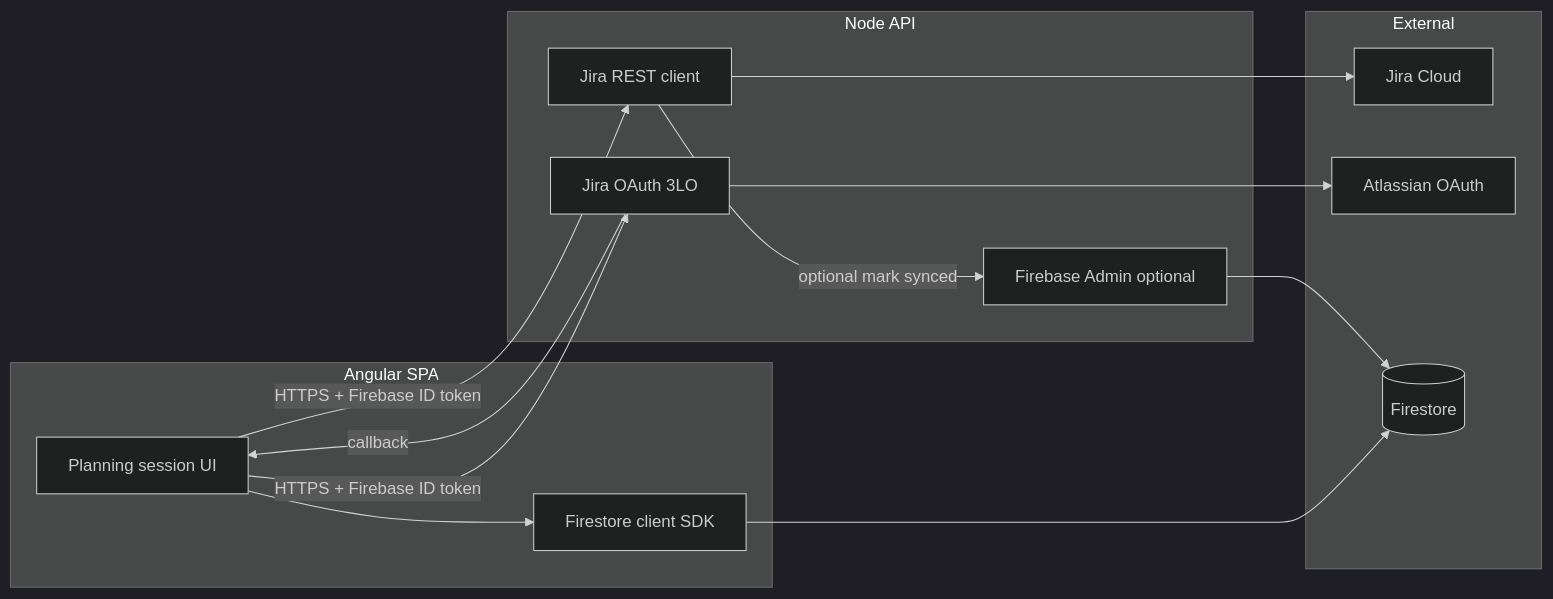
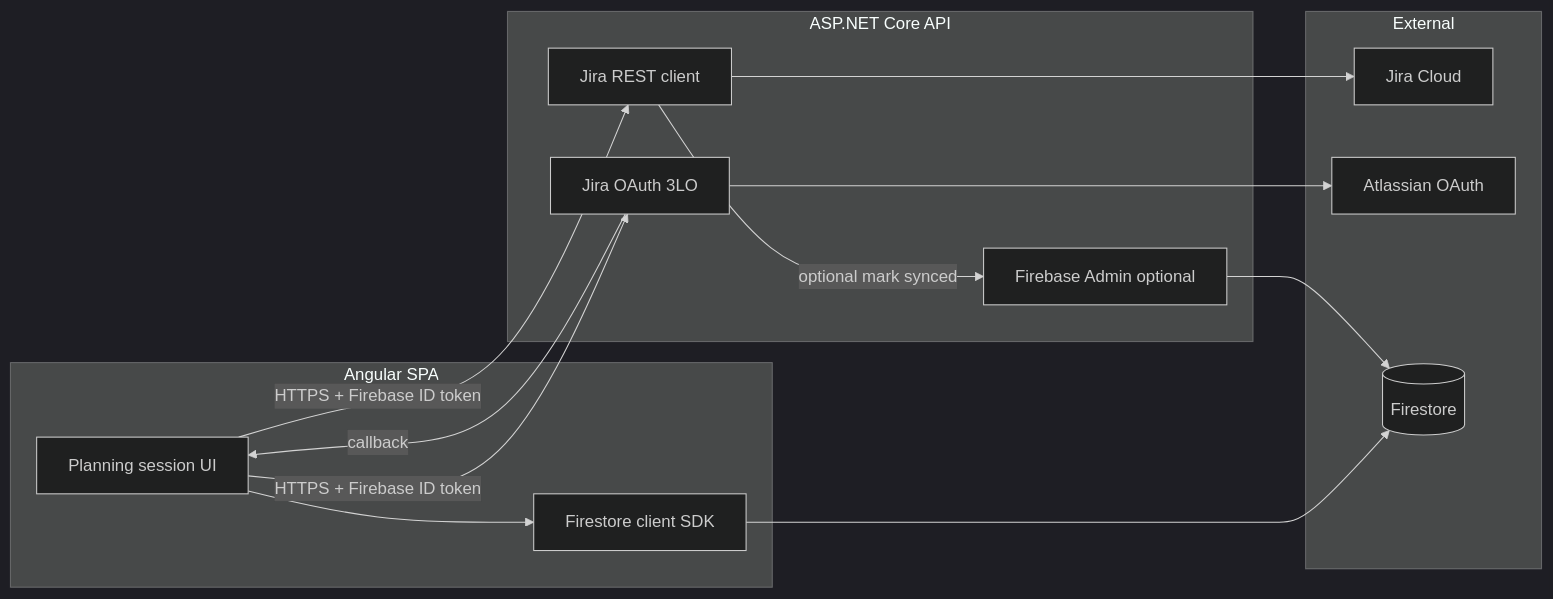
One commit to simsekali38/poker changed the diagram in docs/JIRA_ARCHITECTURE.md. Above: the diagram before and after it, drawn with Mermaid (dark theme). The commit also changed other lines of this file and 6663 other files, not shown here.

````diff
--- a/docs/JIRA_ARCHITECTURE.md
+++ b/docs/JIRA_ARCHITECTURE.md
@@ -7,26 +7,26 @@
 ```mermaid
 flowchart LR
   subgraph client [Angular SPA]
     UI[Planning session UI]
     FS[Firestore client SDK]
   end
-  subgraph api [Node API]
+  subgraph api [ASP.NET Core API]
     OAuth[Jira OAuth 3LO]
     Jira[Jira REST client]
     Admin[Firebase Admin optional]
   end
   subgraph cloud [External]
     JiraCloud[Jira Cloud]
     AtlAuth[Atlassian OAuth]
     Firestore[(Firestore)]
   end
   UI -->|HTTPS + Firebase ID token| OAuth
   UI -->|HTTPS + Firebase ID token| Jira
   UI --> FS
   FS --> Firestore
   Jira --> JiraCloud
   OAuth --> AtlAuth
   OAuth -->|callback| UI
   Jira -->|optional mark synced| Admin
   Admin --> Firestore
 ```
````
